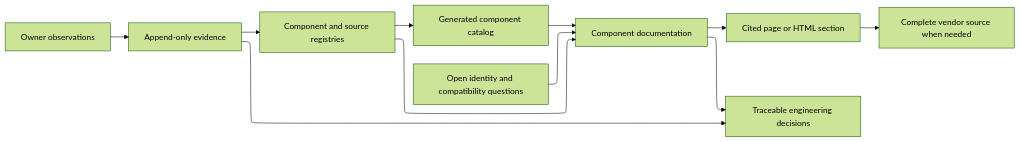
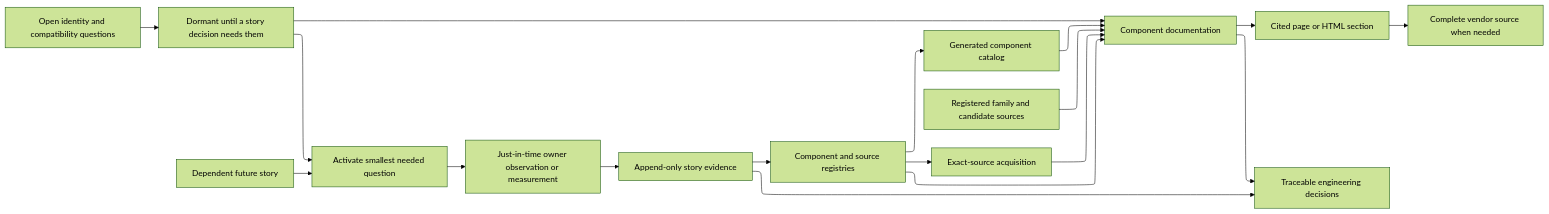
The diagram in docs/backlog/items/US-002-hardware-workshop-manual-and-evidence-system/diagrams/information-flow.mmd (BehzadIT/ai-robot), drawn with Mermaid (forest theme) before and after one commit. The commit also changed 49 other files, not shown here.

```diff
--- a/docs/backlog/items/US-002-hardware-workshop-manual-and-evidence-system/diagrams/information-flow.mmd
+++ b/docs/backlog/items/US-002-hardware-workshop-manual-and-evidence-system/diagrams/information-flow.mmd
@@ -1,15 +1,22 @@
 ---
 config:
   layout: elk
 ---
 flowchart LR
   Catalog[Generated component catalog] --> Documentation[Component documentation]
   Registry[Component and source registries] --> Catalog
   Registry --> Documentation
-  Questions[Open identity and compatibility questions] --> Documentation
+  Questions[Open identity and compatibility questions] --> Dormant[Dormant until a story decision needs them]
+  Dormant --> Documentation
+  Current[Registered family and candidate sources] --> Documentation
   Documentation --> Cited[Cited page or HTML section]
   Cited --> Manual[Complete vendor source when needed]
-  Owner[Owner observations] --> Evidence[Append-only evidence]
+  Story[Dependent future story] --> Activate[Activate smallest needed question]
+  Dormant --> Activate
+  Activate --> Owner[Just-in-time owner observation or measurement]
+  Owner --> Evidence[Append-only story evidence]
   Evidence --> Registry
+  Registry --> Acquire[Exact-source acquisition]
+  Acquire --> Documentation
   Documentation --> Decisions[Traceable engineering decisions]
   Evidence --> Decisions
```
